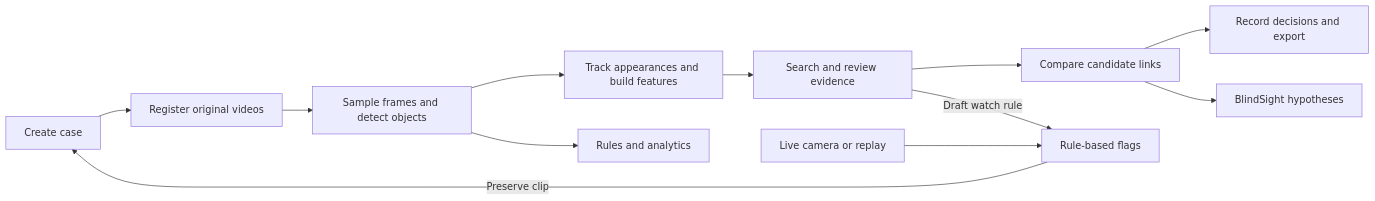
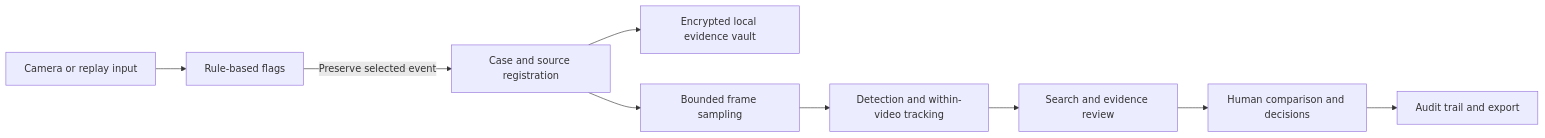
The diagram in README.md (SauravSunish/Fedsight), drawn with Mermaid before and after one commit. The commit also changed other lines of this file, not shown here.

Commit message:
Reframe FedSight as an exploratory prototype

````diff
--- a/README.md
+++ b/README.md
@@ -65,14 +77,11 @@
 ```mermaid
 flowchart LR
-    A[Create case] --> B[Register original videos]
-    B --> C[Sample frames and detect objects]
-    C --> D[Track appearances and build features]
-    D --> E[Search and review evidence]
-    E --> F[Compare candidate links]
-    F --> G[Record decisions and export]
-    C --> H[Rules and analytics]
-    F --> I[BlindSight hypotheses]
-    J[Live camera or replay] --> K[Rule-based flags]
-    K -->|Preserve clip| A
-    E -->|Draft watch rule| K
+    A[Case and source registration] --> B[Encrypted local evidence vault]
+    A --> C[Bounded frame sampling]
+    C --> D[Detection and within-video tracking]
+    D --> E[Search and evidence review]
+    E --> F[Human comparison and decisions]
+    F --> G[Audit trail and export]
+    H[Camera or replay input] --> I[Rule-based flags]
+    I -->|Preserve selected event| A
 ```
````
